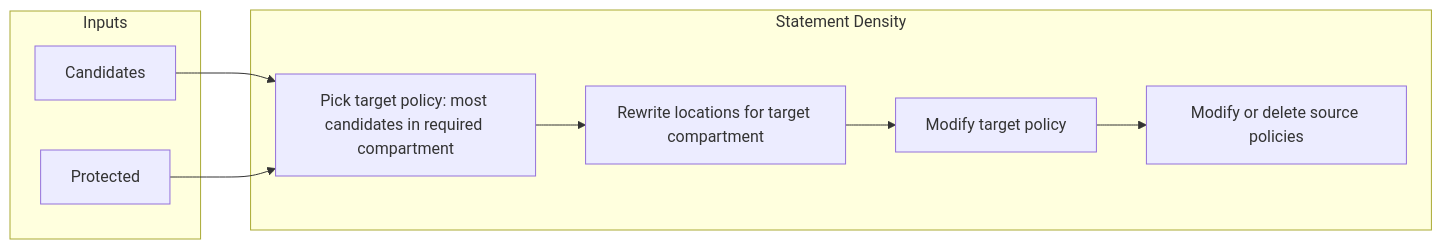
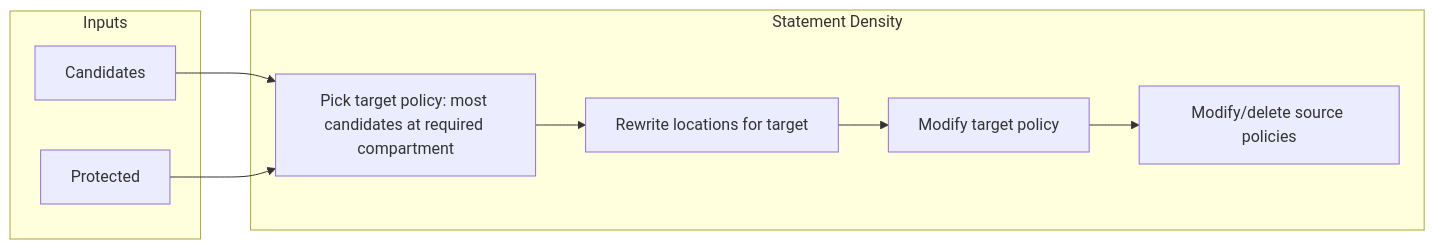
Before and after one commit to agregory999/oci-policy-analysis: the first of 12 diagrams in docs/context/project/CONTEXT_policy_consolidation.md, drawn with Mermaid. The commit also changed other lines of this file and 24 other files, not shown here.

````diff
--- a/docs/context/project/CONTEXT_policy_consolidation.md
+++ b/docs/context/project/CONTEXT_policy_consolidation.md
@@ -63,18 +67,18 @@
 ```mermaid
 flowchart LR
     subgraph inputs["Inputs"]
         C[Candidates]
         P[Protected]
     end
     subgraph strategy["Statement Density"]
-        T[Pick target policy: most candidates in required compartment]
-        R[Rewrite locations for target compartment]
+        T[Pick target policy: most candidates at required compartment]
+        R[Rewrite locations for target]
         M[Modify target policy]
-        S[Modify or delete source policies]
+        S[Modify/delete source policies]
     end
     C --> T
     P --> T
     T --> R
     R --> M
     M --> S
 ```
````
